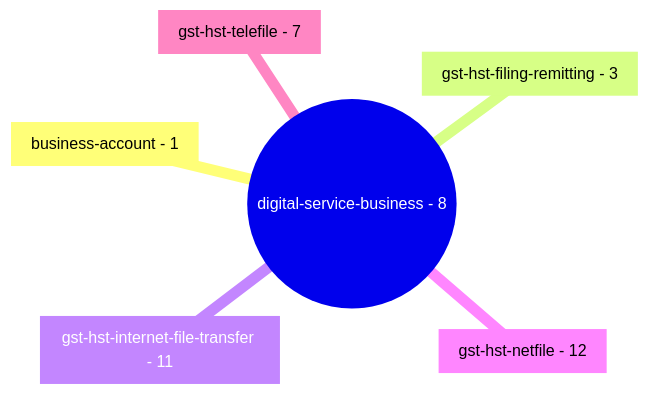
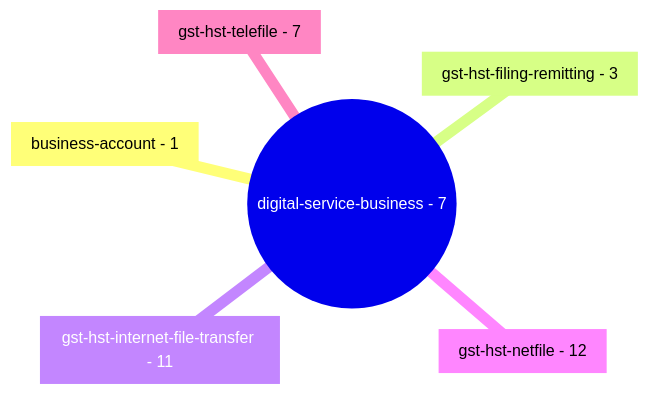
Before and after one commit to cra-proto/gst-hst-business: the second of 2 diagrams in README.md, drawn with Mermaid.

````diff
--- a/README.md
+++ b/README.md
@@ -47,9 +47,9 @@
 ```mermaid
 mindmap
-  root((digital-service-business - 8))
+  root((digital-service-business - 7))
     [business-account - 1]
     [gst-hst-filing-remitting  - 3]
     [gst-hst-internet-file-transfer - 11]
     [gst-hst-netfile - 12]
     [gst-hst-telefile - 7]
 ```
````
